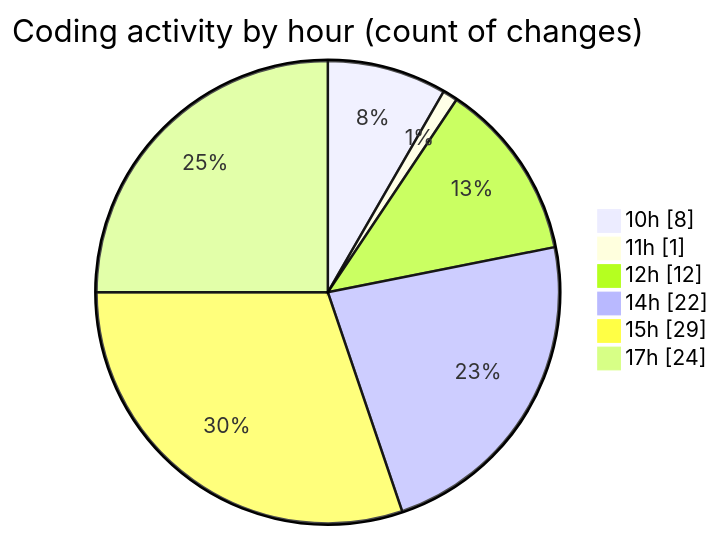
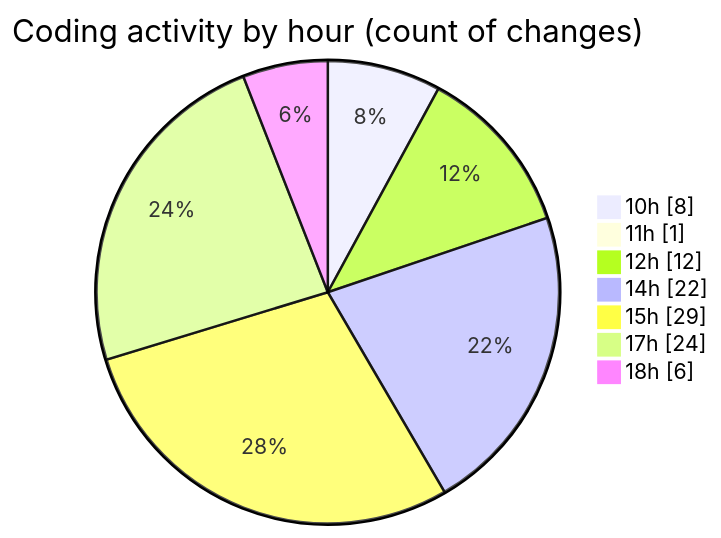
The second of 2 diagrams in 2025-07-31/cda/README.md (momahboobian/code-tracking), drawn with Mermaid before and after one commit. The commit also changed other lines of this file and 1 other file, not shown here.

````diff
--- a/2025-07-31/cda/README.md
+++ b/2025-07-31/cda/README.md
@@ -38,10 +38,11 @@
 ```mermaid
 pie showData
 title Coding activity by hour (count of changes)
 "10h" : 8
 "11h" : 1
 "12h" : 12
 "14h" : 22
 "15h" : 29
 "17h" : 24
+"18h" : 6
 ```
````
